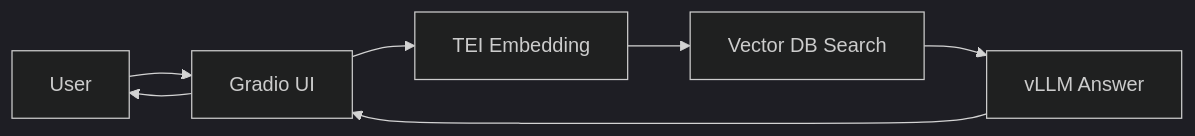
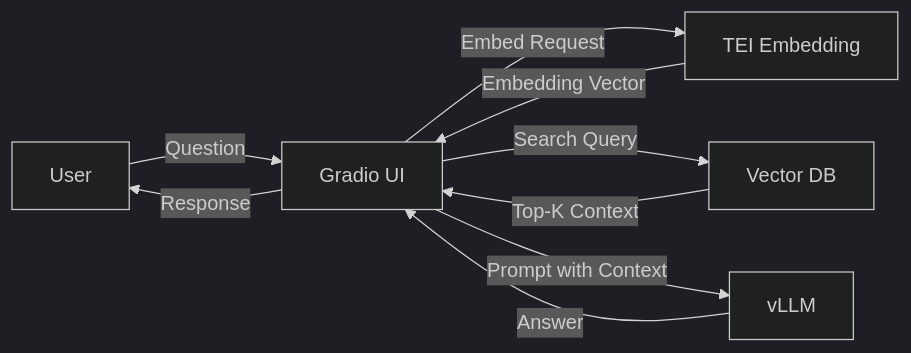
One commit to una0801/yoona-tech changed the diagram in contents/ai/overview/summary/index.mdx. Above: the diagram before and after it, drawn with Mermaid (dark theme). The commit also changed 2 other files, not shown here.

Commit message:
Add : credentials

````diff
--- a/contents/ai/overview/summary/index.mdx
+++ b/contents/ai/overview/summary/index.mdx
@@ -47,9 +47,11 @@
 ```mermaid
 flowchart LR
-  U[User] --> G[Gradio UI]
-  G --> T[TEI Embedding]
-  T --> V[Vector DB Search]
-  V --> L[vLLM Answer]
-  L --> G
-  G --> U
+  U[User] -- Question --> G[Gradio UI]
+  G -- Embed Request --> T[TEI Embedding]
+  T -- Embedding Vector --> G
+  G -- Search Query --> V[Vector DB]
+  V -- Top-K Context --> G
+  G -- Prompt with Context --> L[vLLM]
+  L -- Answer --> G
+  G -- Response --> U
 ```
````
